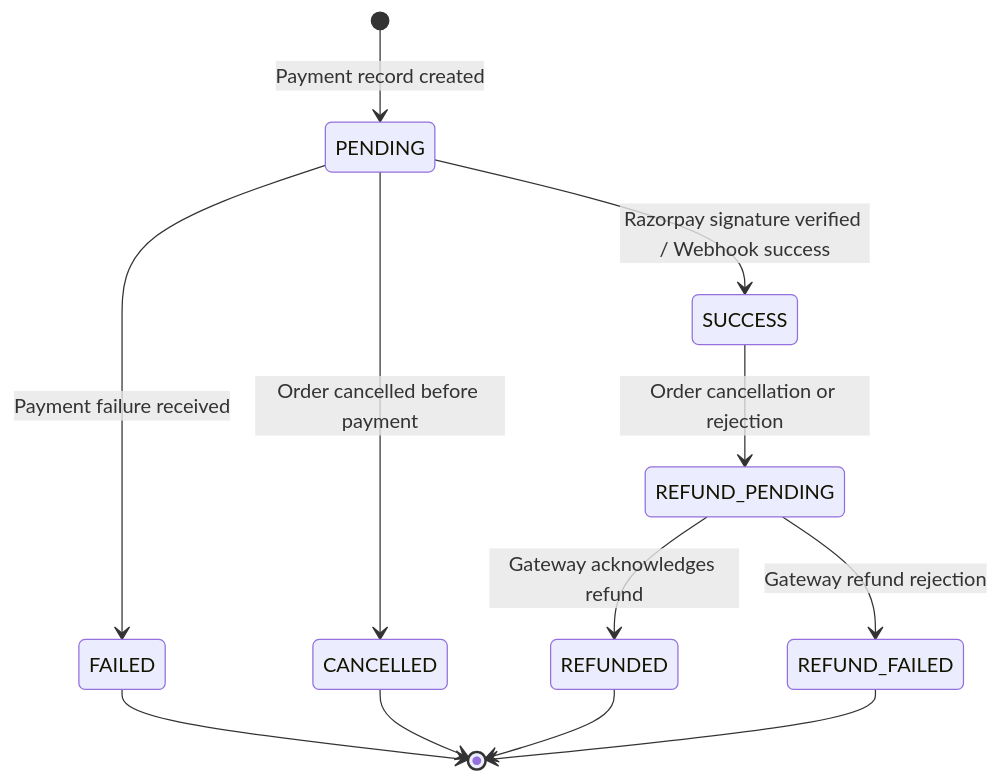
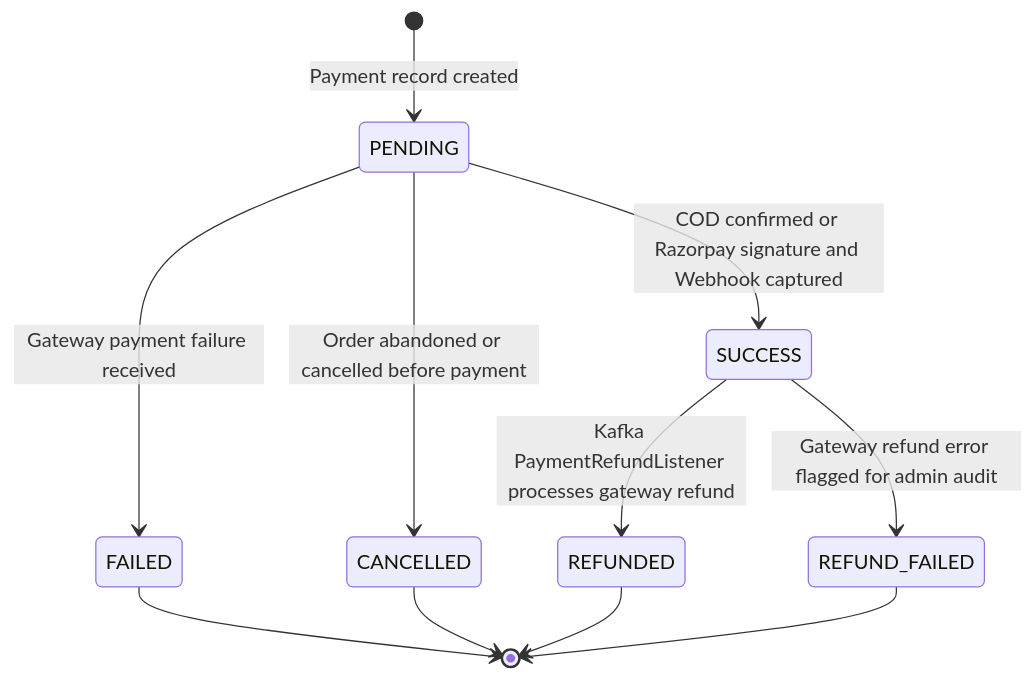
The sixth of 6 diagrams in docs/architecture.md (eshant52/quickbite-backend), drawn with Mermaid before and after one commit. The commit also changed other lines of this file and 8 other files, not shown here.

First line of the commit message:
docs: add order lifecycle guide and update architecture documentation

````diff
--- a/docs/architecture.md
+++ b/docs/architecture.md
@@ -266,16 +269,15 @@
 ```mermaid
 stateDiagram-v2
     [*] --> PENDING: Payment record created
-    PENDING --> SUCCESS: Razorpay signature verified / Webhook success
-    PENDING --> FAILED: Payment failure received
-    PENDING --> CANCELLED: Order cancelled before payment
+    PENDING --> SUCCESS: COD confirmed or Razorpay signature and Webhook captured
+    PENDING --> FAILED: Gateway payment failure received
+    PENDING --> CANCELLED: Order abandoned or cancelled before payment
     
-    SUCCESS --> REFUND_PENDING: Order cancellation or rejection
-    REFUND_PENDING --> REFUNDED: Gateway acknowledges refund
-    REFUND_PENDING --> REFUND_FAILED: Gateway refund rejection
+    SUCCESS --> REFUNDED: Kafka PaymentRefundListener processes gateway refund
+    SUCCESS --> REFUND_FAILED: Gateway refund error flagged for admin audit
     
     FAILED --> [*]
     CANCELLED --> [*]
     REFUNDED --> [*]
     REFUND_FAILED --> [*]
 ```
````
